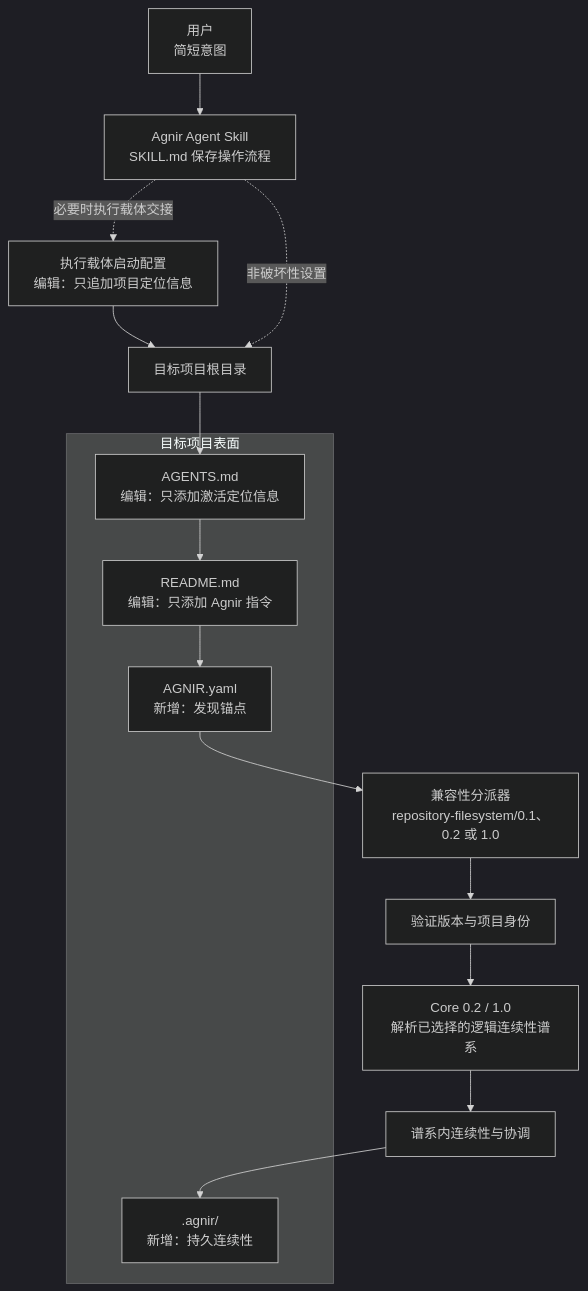
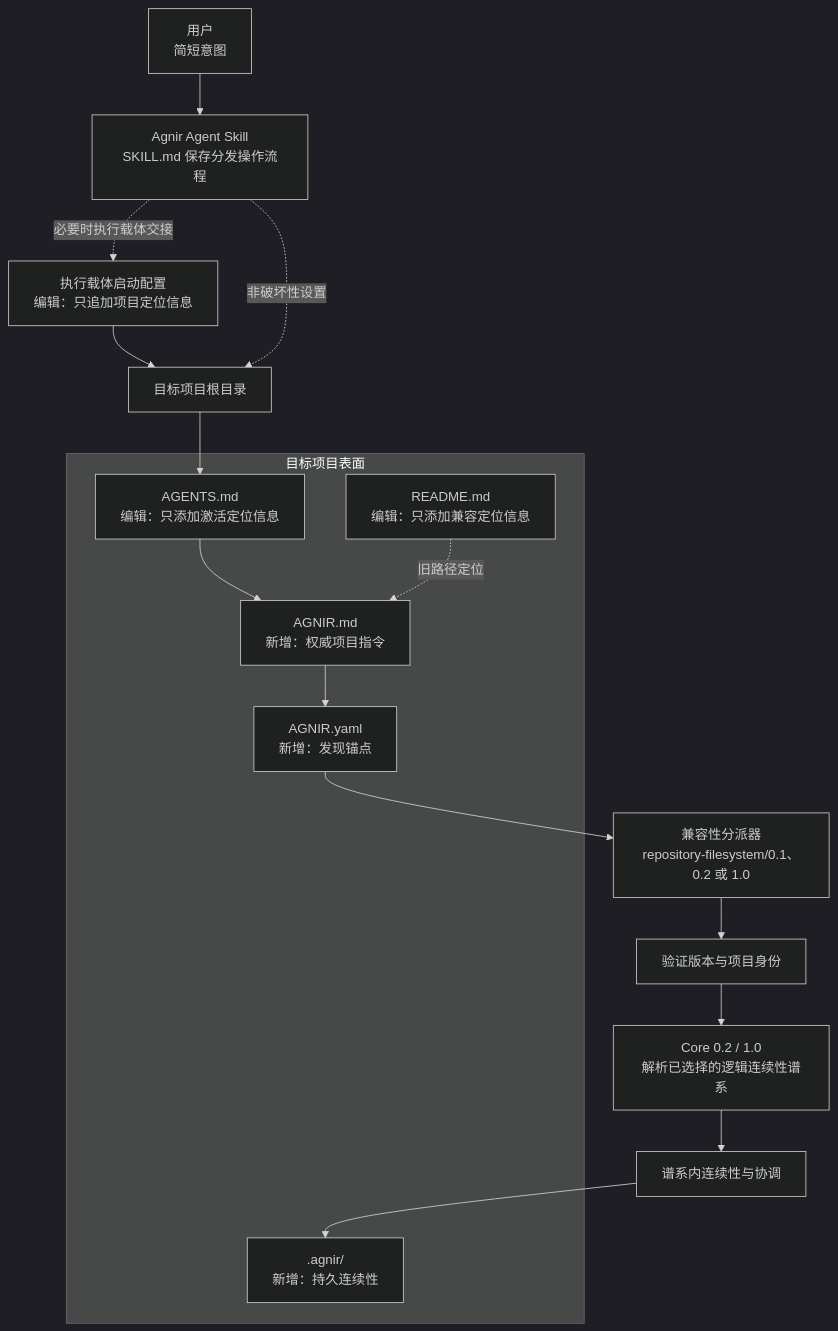
Before and after one commit to iorLab/agnir: the first of 2 diagrams in README.zh-CN.md, drawn with Mermaid (dark theme). The commit also changed other lines of this file and 24 other files, not shown here.

````diff
--- a/README.zh-CN.md
+++ b/README.zh-CN.md
@@ -127,22 +120,24 @@
 ```mermaid
 flowchart TB
-    U[用户\n简短意图] --> K[Agnir Agent Skill\nSKILL.md 保存操作流程]
+    U[用户\n简短意图] --> K[Agnir Agent Skill\nSKILL.md 保存分发操作流程]
     K -. 必要时执行载体交接 .-> X[执行载体启动配置\n编辑：只追加项目定位信息]
     X --> P[目标项目根目录]
     K -. 非破坏性设置 .-> P
 
     subgraph T[目标项目表面]
         G[AGENTS.md\n编辑：只添加激活定位信息]
-        H[README.md\n编辑：只添加 Agnir 指令]
+        I[AGNIR.md\n新增：权威项目指令]
+        H[README.md\n编辑：只添加兼容定位信息]
         A[AGNIR.yaml\n新增：发现锚点]
         F[.agnir/\n新增：持久连续性]
-        G --> H --> A
+        G --> I --> A
+        H -. 旧路径定位 .-> I
     end
 
     P --> G
     A --> D[兼容性分派器\nrepository-filesystem/0.1、0.2 或 1.0]
     D --> V[验证版本与项目身份]
     V --> L[Core 0.2 / 1.0\n解析已选择的逻辑连续性谱系]
     L --> M[谱系内连续性与协调]
     M --> F
 ```
````
